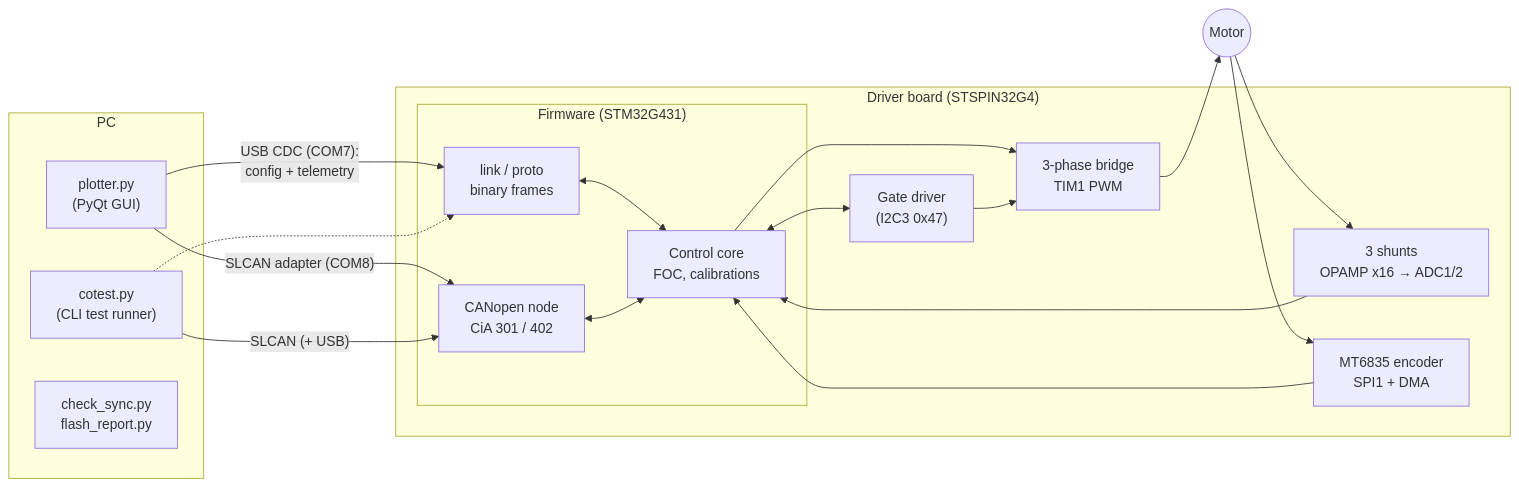
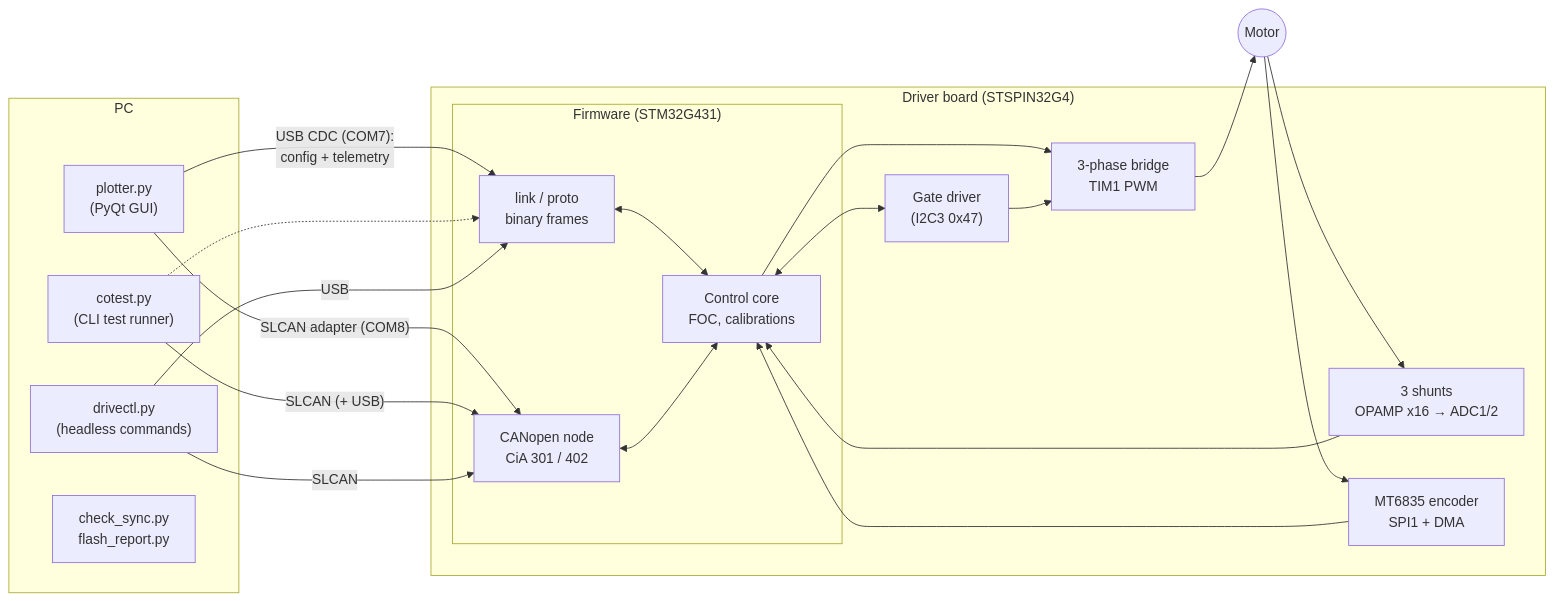
One commit to alanhpereira/fluxdrive-g4 changed the first of 15 diagrams in docs/software-structure.md. Above: the diagram before and after it, drawn with Mermaid. The commit also changed other lines of this file and 5 other files, not shown here.

First line of the commit message:
Headless command line for USB and CANopen commands

````diff
--- a/docs/software-structure.md
+++ b/docs/software-structure.md
@@ -27,35 +27,38 @@
 ```mermaid
 flowchart LR
     subgraph PC["PC"]
         PL["plotter.py<br/>(PyQt GUI)"]
         CT["cotest.py<br/>(CLI test runner)"]
+        DC["drivectl.py<br/>(headless commands)"]
         CS["check_sync.py<br/>flash_report.py"]
     end
 
     subgraph DRV["Driver board (STSPIN32G4)"]
         subgraph FW["Firmware (STM32G431)"]
             LINK["link / proto<br/>binary frames"]
             CO["CANopen node<br/>CiA 301 / 402"]
             CTRL["Control core<br/>FOC, calibrations"]
         end
         GD["Gate driver<br/>(I2C3 0x47)"]
         BR["3-phase bridge<br/>TIM1 PWM"]
         SH["3 shunts<br/>OPAMP x16 → ADC1/2"]
         ENC["MT6835 encoder<br/>SPI1 + DMA"]
     end
 
     MOT(("Motor"))
 
     PL -- "USB CDC (COM7):<br/>config + telemetry" --> LINK
     PL -- "SLCAN adapter (COM8)" --> CO
     CT -- "SLCAN (+ USB)" --> CO
     CT -.-> LINK
+    DC -- "USB" --> LINK
+    DC -- "SLCAN" --> CO
     LINK <--> CTRL
     CO <--> CTRL
     CTRL --> BR
     CTRL <--> GD
     GD --> BR
     BR --> MOT
     MOT --> SH --> CTRL
     MOT --> ENC --> CTRL
 ```
````
